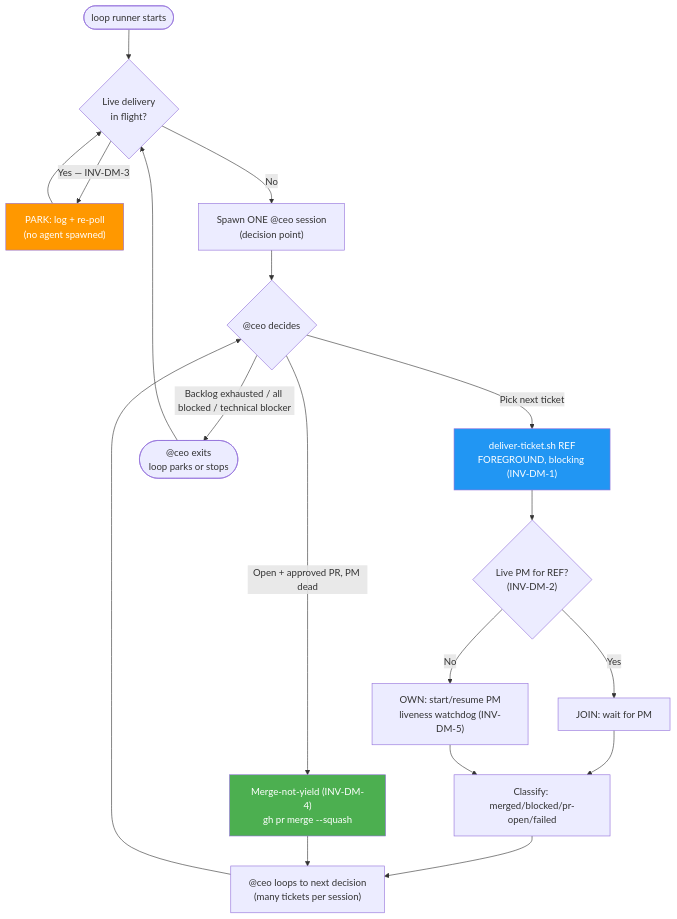
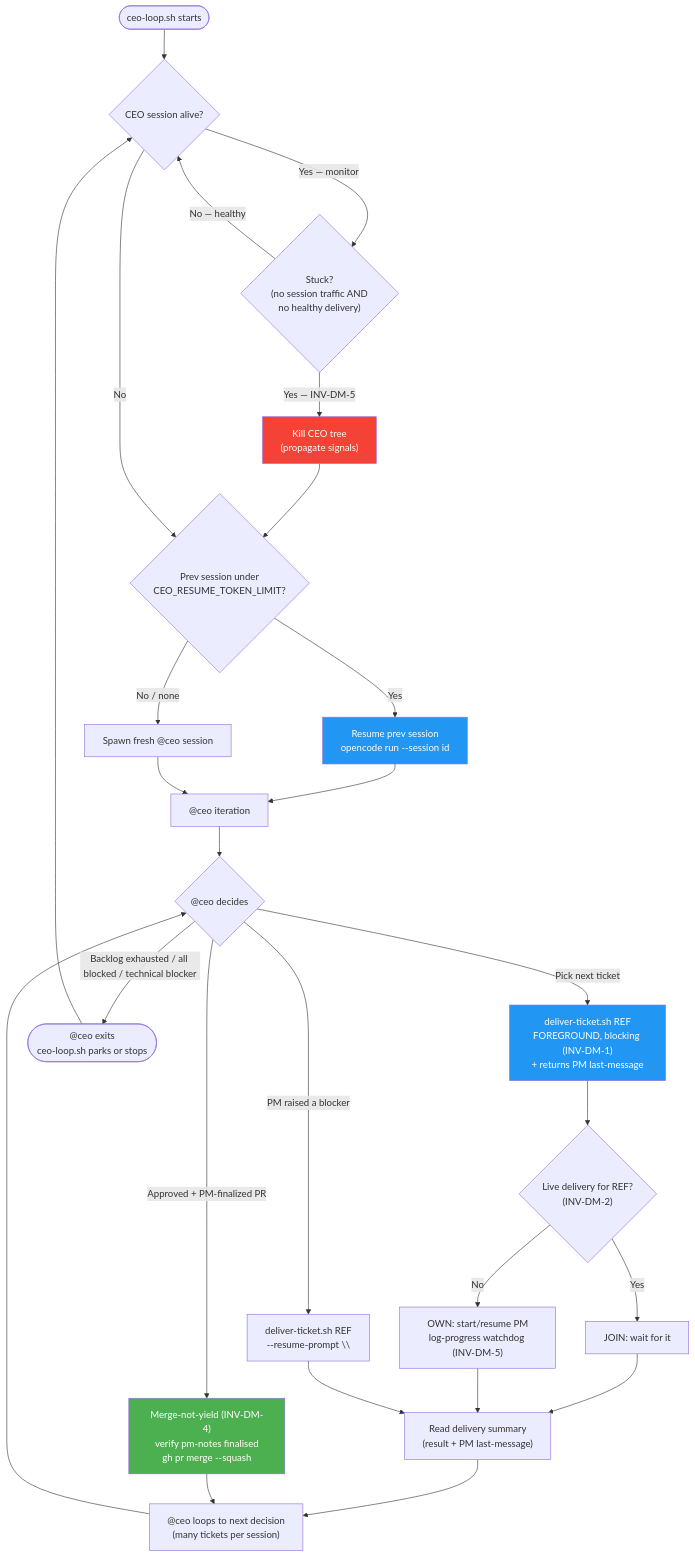
The first of 2 diagrams in doc/guides/delivery-modes.md (juliusz-cwiakalski/agentic-delivery-os), drawn with Mermaid before and after one commit. The commit also changed other lines of this file and 1 other file, not shown here.

First line of the commit message:
docs(guides): GH-142 revise delivery-modes guide per review + transform to user-facing guide

````diff
--- a/doc/guides/delivery-modes.md
+++ b/doc/guides/delivery-modes.md
@@ -208,24 +258,33 @@
 ```mermaid
 flowchart TD
-    START([loop runner starts]) --> PARK{Live delivery<br/>in flight?}
-    PARK -->|Yes — INV-DM-3| WAIT["PARK: log + re-poll<br/>(no agent spawned)"]
-    WAIT --> PARK
-    PARK -->|No| SPAWN["Spawn ONE @ceo session<br/>(decision point)"]
-    SPAWN --> DECIDE{"@ceo decides"}
-    DECIDE -->|Pick next ticket| DELIVER["deliver-ticket.sh REF<br/>FOREGROUND, blocking (INV-DM-1)"]
-    DELIVER --> JOIN{"Live PM for REF?<br/>(INV-DM-2)"}
-    JOIN -->|Yes| WAITPM["JOIN: wait for PM"]
-    JOIN -->|No| OWNPM["OWN: start/resume PM<br/>liveness watchdog (INV-DM-5)"]
-    WAITPM --> CLASS["Classify: merged/blocked/pr-open/failed"]
-    OWNPM --> CLASS
-    CLASS --> LOOP["@ceo loops to next decision<br/>(many tickets per session)"]
+    START([ceo-loop.sh starts]) --> STUCKCHECK{"CEO session alive?"}
+    STUCKCHECK -->|Yes — monitor| LIVE{"Stuck?<br/>(no session traffic AND<br/>no healthy delivery)"}
+    LIVE -->|No — healthy| STUCKCHECK
+    LIVE -->|Yes — INV-DM-5| KILL["Kill CEO tree<br/>(propagate signals)"]
+    KILL --> RESUMEDECIDE
+    STUCKCHECK -->|No| RESUMEDECIDE{"Prev session under<br/>CEO_RESUME_TOKEN_LIMIT?"}
+    RESUMEDECIDE -->|Yes| RESUME["Resume prev session<br/>opencode run --session id"]
+    RESUMEDECIDE -->|No / none| FRESH["Spawn fresh @ceo session"]
+    RESUME --> CEO["@ceo iteration"]
+    FRESH --> CEO
+    CEO --> DECIDE{"@ceo decides"}
+    DECIDE -->|Pick next ticket| DELIVER["deliver-ticket.sh REF<br/>FOREGROUND, blocking (INV-DM-1)<br/>+ returns PM last-message"]
+    DELIVER --> JOIN{"Live delivery for REF?<br/>(INV-DM-2)"}
+    JOIN -->|Yes| WAITPM["JOIN: wait for it"]
+    JOIN -->|No| OWNPM["OWN: start/resume PM<br/>log-progress watchdog (INV-DM-5)"]
+    WAITPM --> SUMMARY["Read delivery summary<br/>(result + PM last-message)"]
+    OWNPM --> SUMMARY
+    SUMMARY --> LOOP["@ceo loops to next decision<br/>(many tickets per session)"]
     LOOP --> DECIDE
-    DECIDE -->|Open + approved PR, PM dead| MERGE["Merge-not-yield (INV-DM-4)<br/>gh pr merge --squash"]
+    DECIDE -->|PM raised a blocker| RESUMPT["deliver-ticket.sh REF<br/>--resume-prompt \"<resolution>\""]
+    RESUMPT --> SUMMARY
+    DECIDE -->|Approved + PM-finalized PR| MERGE["Merge-not-yield (INV-DM-4)<br/>verify pm-notes finalised<br/>gh pr merge --squash"]
     MERGE --> LOOP
-    DECIDE -->|Backlog exhausted / all blocked / technical blocker| EXIT(["@ceo exits<br/>loop parks or stops"])
-    EXIT --> PARK
+    DECIDE -->|Backlog exhausted / all blocked / technical blocker| EXIT(["@ceo exits<br/>ceo-loop.sh parks or stops"])
+    EXIT --> STUCKCHECK
 
-    style WAIT fill:#FF9800,color:#fff
+    style KILL fill:#f44336,color:#fff
     style MERGE fill:#4CAF50,color:#fff
     style DELIVER fill:#2196F3,color:#fff
+    style RESUME fill:#2196F3,color:#fff
 ```
````
